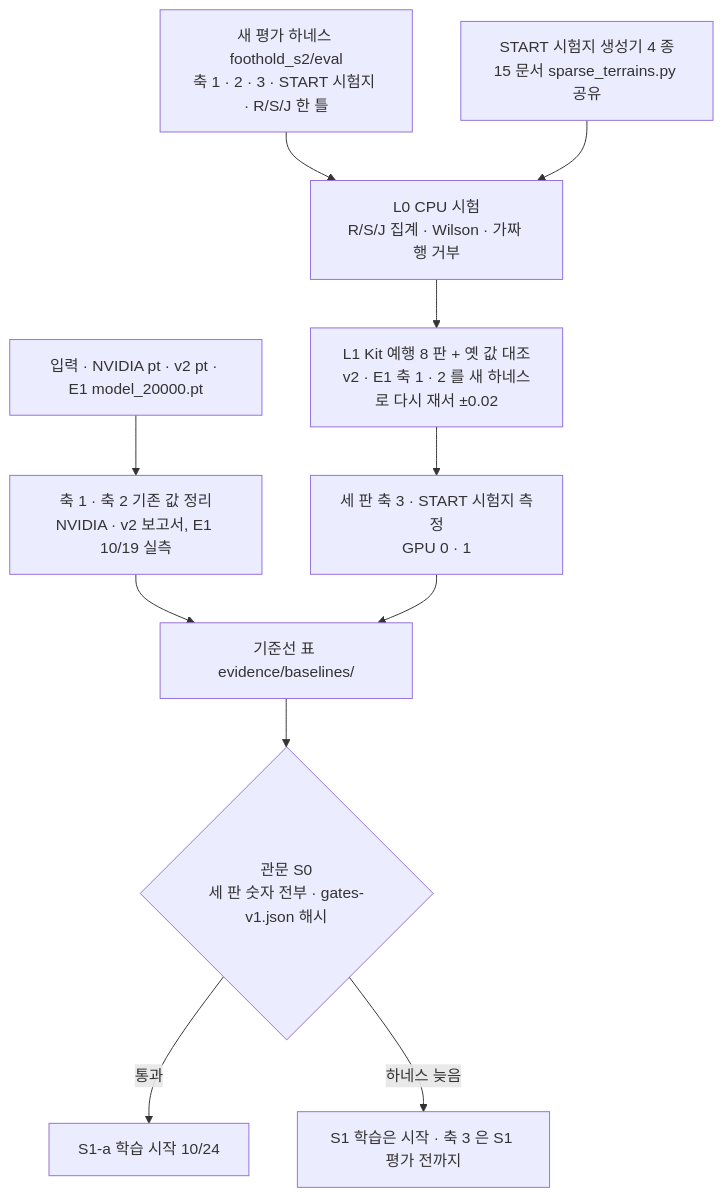
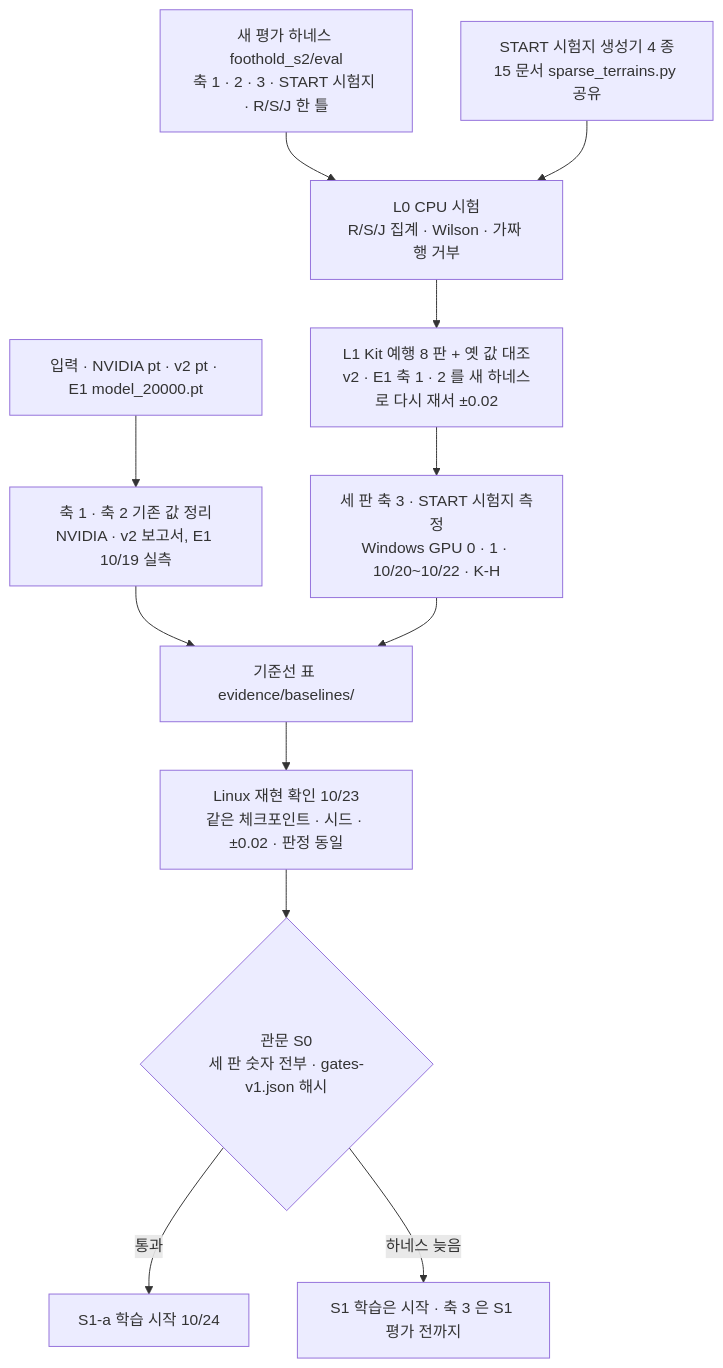
One commit to foothold-project/foothold-lab changed the diagram in inbox/jay/20261019-design/51-S0-BASELINES.md. Above: the diagram before and after it, drawn with Mermaid. The commit also changed other lines of this file and 12 other files, not shown here.

````diff
--- a/inbox/jay/20261019-design/51-S0-BASELINES.md
+++ b/inbox/jay/20261019-design/51-S0-BASELINES.md
@@ -15,13 +15,14 @@
 ```mermaid
 flowchart TB
   IN[입력 · NVIDIA pt · v2 pt · E1 model_20000.pt] --> A[축 1 · 축 2 기존 값 정리<br/>NVIDIA · v2 보고서, E1 10/19 실측]
   H3[새 평가 하네스 foothold_s2/eval<br/>축 1 · 2 · 3 · START 시험지 · R/S/J 한 틀] --> L0[L0 CPU 시험<br/>R/S/J 집계 · Wilson · 가짜 행 거부]
   ST[START 시험지 생성기 4 종<br/>15 문서 sparse_terrains.py 공유] --> L0
   L0 --> L1[L1 Kit 예행 8 판 + 옛 값 대조<br/>v2 · E1 축 1 · 2 를 새 하네스로 다시 재서 ±0.02]
-  L1 --> M[세 판 축 3 · START 시험지 측정<br/>GPU 0 · 1]
+  L1 --> M[세 판 축 3 · START 시험지 측정<br/>Windows GPU 0 · 1 · 10/20~10/22 · K-H]
   A --> T[기준선 표 evidence/baselines/]
   M --> T
-  T --> G{관문 S0<br/>세 판 숫자 전부 · gates-v1.json 해시}
+  T --> X[Linux 재현 확인 10/23<br/>같은 체크포인트 · 시드 · ±0.02 · 판정 동일]
+  X --> G{관문 S0<br/>세 판 숫자 전부 · gates-v1.json 해시}
   G -->|통과| S1[S1-a 학습 시작 10/24]
   G -->|하네스 늦음| P[S1 학습은 시작 · 축 3 은 S1 평가 전까지]
 ```
````
